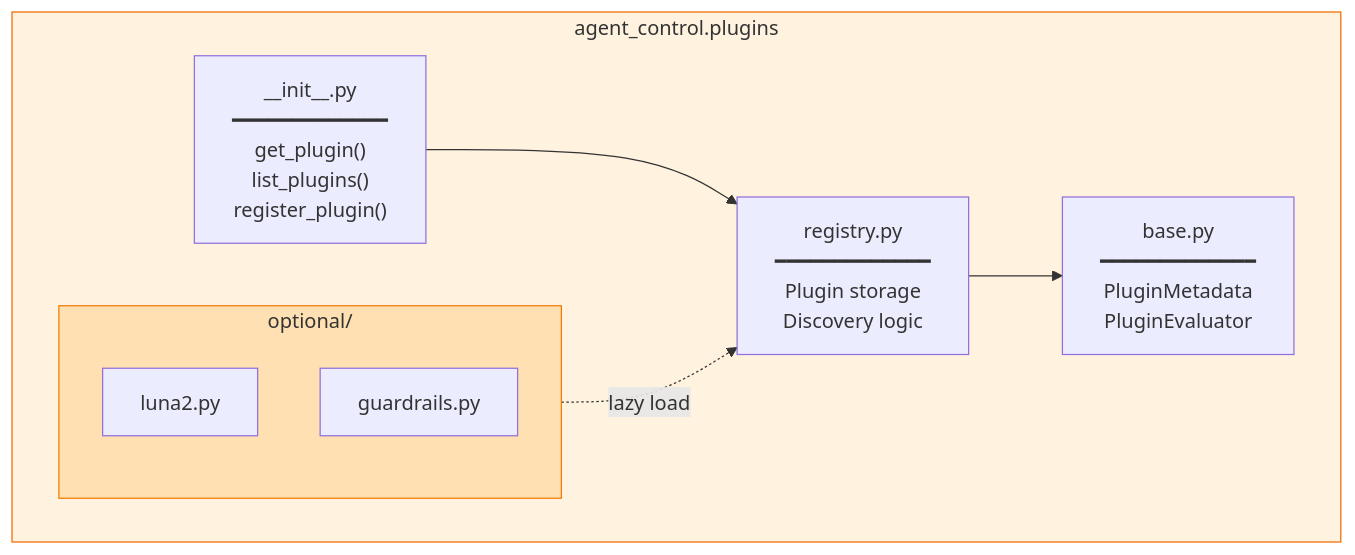
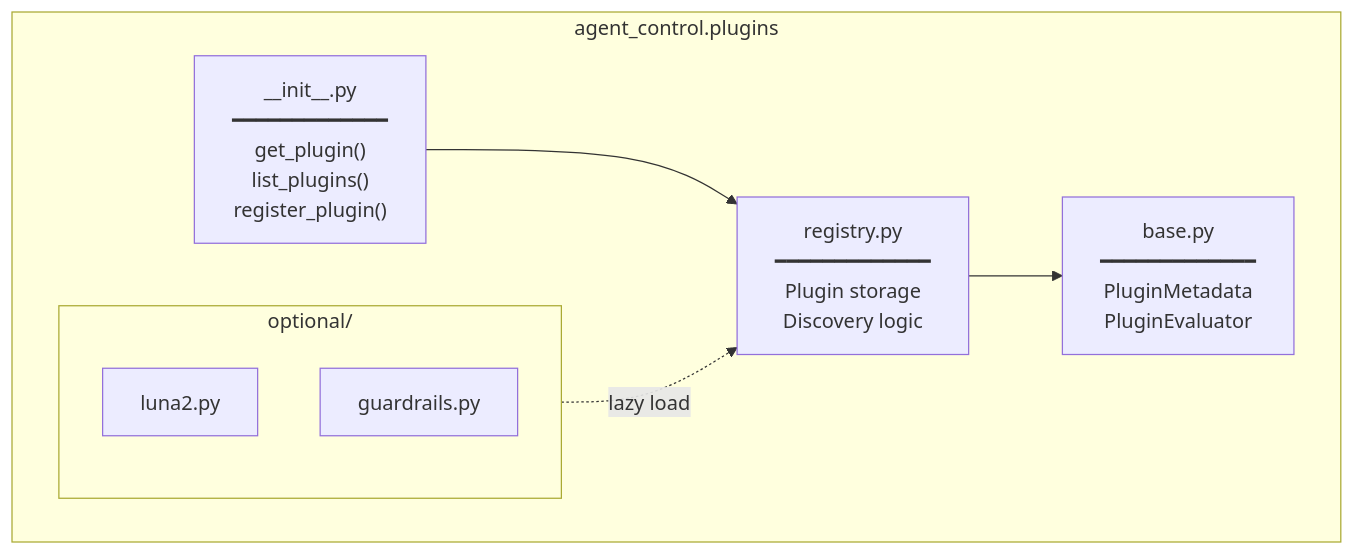
Before and after one commit to agentcontrol/agent-control: the seventh of 10 diagrams in diagrams/10-sdk-architecture.md, drawn with Mermaid. The commit also changed other lines of this file and 9 other files, not shown here.

````diff
--- a/diagrams/10-sdk-architecture.md
+++ b/diagrams/10-sdk-architecture.md
@@ -169,22 +156,19 @@
 ```mermaid
 flowchart TB
     subgraph plugins["agent_control.plugins"]
         init["__init__.py<br/>━━━━━━━━━━━━━<br/>get_plugin()<br/>list_plugins()<br/>register_plugin()"]
         
         base["base.py<br/>━━━━━━━━━━━━━<br/>PluginMetadata<br/>PluginEvaluator"]
         
         registry["registry.py<br/>━━━━━━━━━━━━━<br/>Plugin storage<br/>Discovery logic"]
         
         subgraph optional_pkg["optional/"]
             luna["luna2.py"]
             guardrails["guardrails.py"]
         end
     end
 
     init --> registry
     registry --> base
     optional_pkg -.->|lazy load| registry
-
-    style plugins fill:#fff3e0,stroke:#ef6c00
-    style optional_pkg fill:#ffe0b2,stroke:#f57c00
 ```
````
